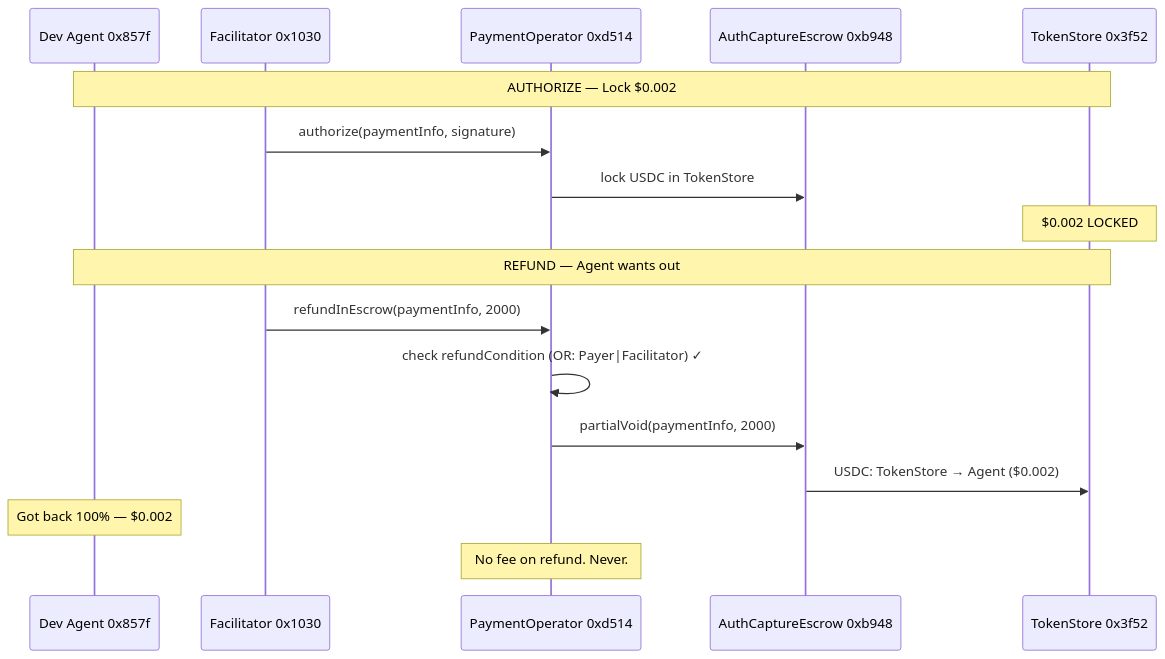
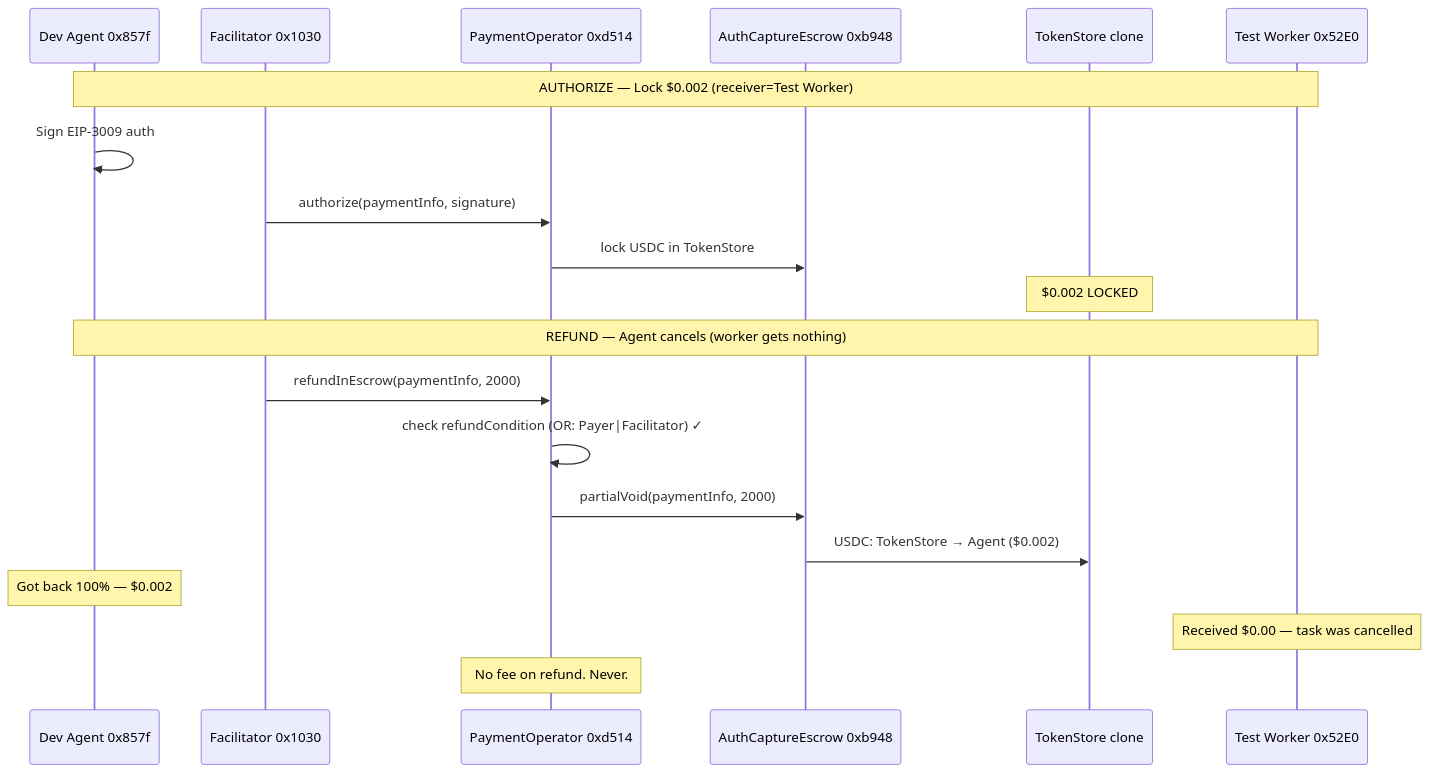
The second of 4 diagrams in docs/reports/COMPLETE_FLOW_REPORT_2026-02-13.md (UltravioletaDAO/execution-market), drawn with Mermaid before and after one commit. The commit also changed other lines of this file and 1 other file, not shown here.

First line of the commit message:
docs: complete flow report — all scenarios with on-chain TX evidence

````diff
--- a/docs/reports/COMPLETE_FLOW_REPORT_2026-02-13.md
+++ b/docs/reports/COMPLETE_FLOW_REPORT_2026-02-13.md
@@ -233,23 +227,26 @@
 ```mermaid
 sequenceDiagram
     participant A as Dev Agent 0x857f
     participant F as Facilitator 0x1030
     participant OP as PaymentOperator 0xd514
     participant ESC as AuthCaptureEscrow 0xb948
-    participant TS as TokenStore 0x3f52
+    participant TS as TokenStore clone
+    participant W as Test Worker 0x52E0
 
-    Note over A,TS: AUTHORIZE — Lock $0.002
+    Note over A,W: AUTHORIZE — Lock $0.002 (receiver=Test Worker)
 
+    A->>A: Sign EIP-3009 auth
     F->>OP: authorize(paymentInfo, signature)
     OP->>ESC: lock USDC in TokenStore
     Note over TS: $0.002 LOCKED
 
-    Note over A,TS: REFUND — Agent wants out
+    Note over A,W: REFUND — Agent cancels (worker gets nothing)
 
     F->>OP: refundInEscrow(paymentInfo, 2000)
     OP->>OP: check refundCondition (OR: Payer|Facilitator) ✓
     OP->>ESC: partialVoid(paymentInfo, 2000)
     ESC->>TS: USDC: TokenStore → Agent ($0.002)
     Note over A: Got back 100% — $0.002
+    Note over W: Received $0.00 — task was cancelled
     Note over OP: No fee on refund. Never.
 ```
````
